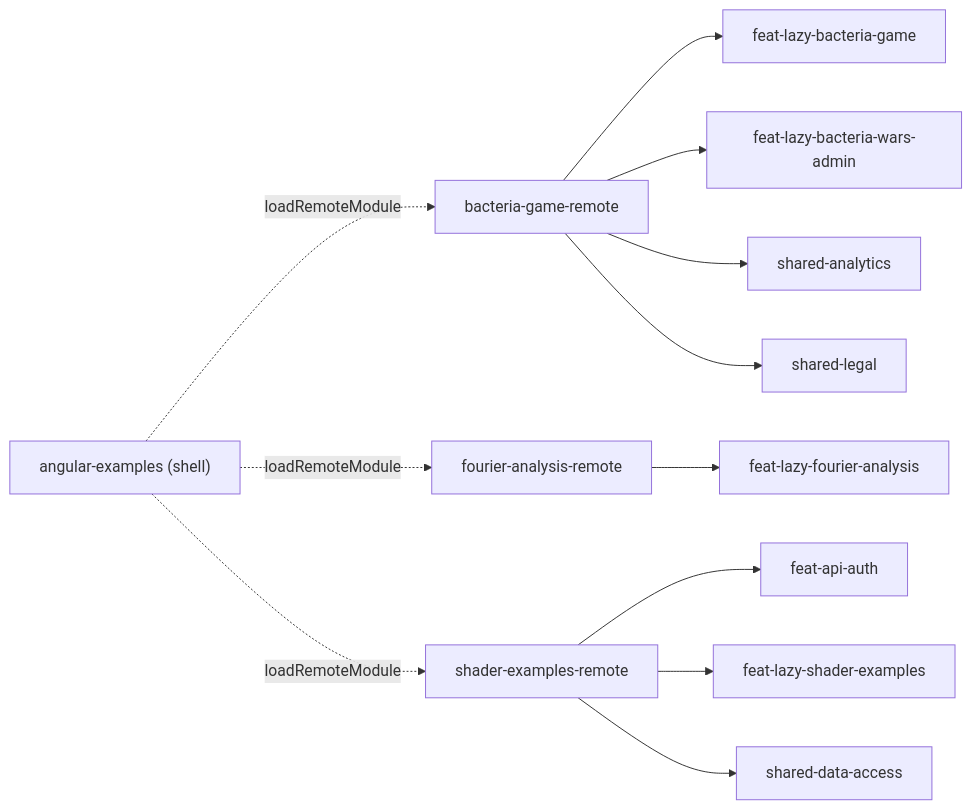
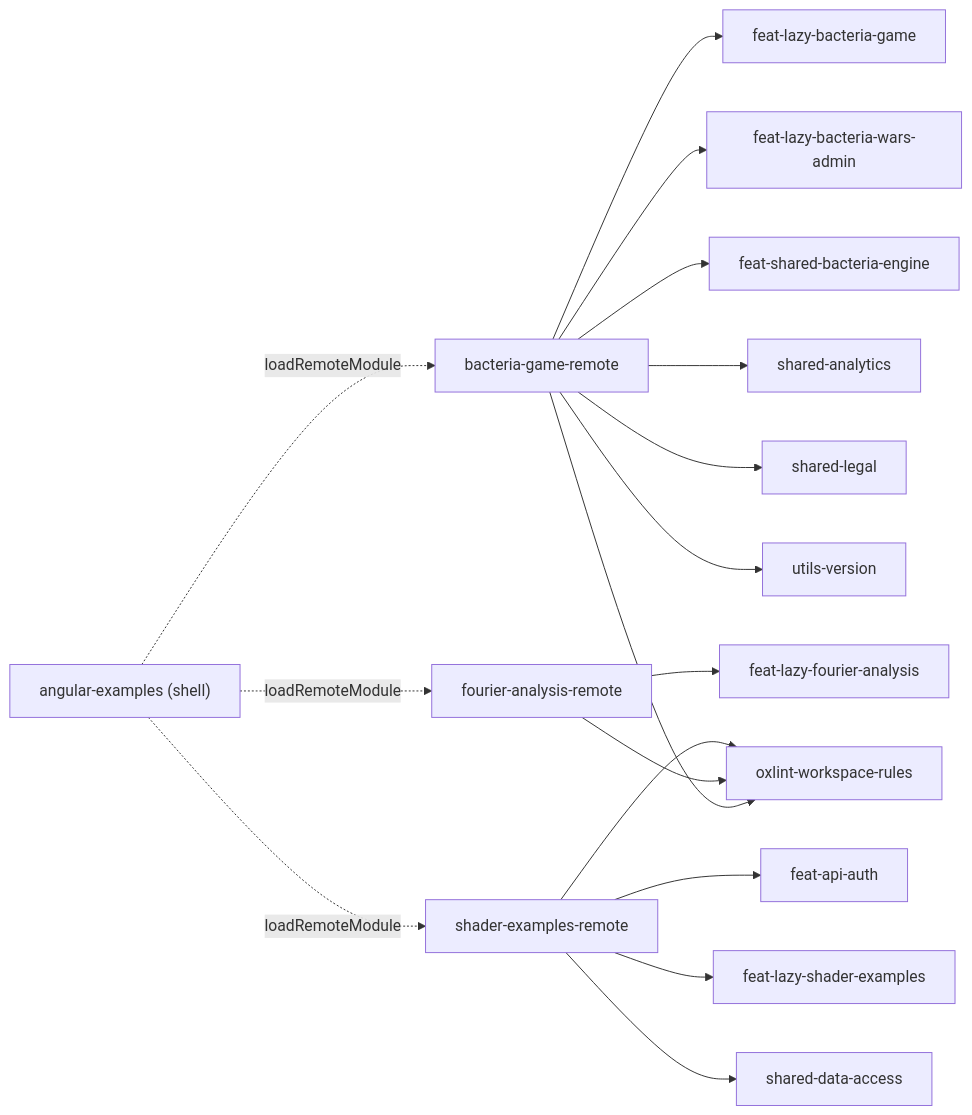
One commit to WolfSoko/wol-sok-mono changed the third of 4 diagrams in docs/architecture/README.md. Above: the diagram before and after it, drawn with Mermaid. The commit also changed other lines of this file and 525 other files, not shown here.

First line of the commit message:
refactor(feat-shared-bacteria-engine): move the game's engine into its own lib (#2764)

````diff
--- a/docs/architecture/README.md
+++ b/docs/architecture/README.md
@@ -105,18 +110,23 @@
 ```mermaid
 flowchart LR
   shell["angular-examples (shell)"]
   bacteria_game_remote["bacteria-game-remote"]
   shell -. "loadRemoteModule" .-> bacteria_game_remote
   bacteria_game_remote --> feat_lazy_bacteria_game["feat-lazy-bacteria-game"]
   bacteria_game_remote --> feat_lazy_bacteria_wars_admin["feat-lazy-bacteria-wars-admin"]
+  bacteria_game_remote --> feat_shared_bacteria_engine["feat-shared-bacteria-engine"]
+  bacteria_game_remote --> oxlint_workspace_rules["oxlint-workspace-rules"]
   bacteria_game_remote --> shared_analytics["shared-analytics"]
   bacteria_game_remote --> shared_legal["shared-legal"]
+  bacteria_game_remote --> utils_version["utils-version"]
   fourier_analysis_remote["fourier-analysis-remote"]
   shell -. "loadRemoteModule" .-> fourier_analysis_remote
   fourier_analysis_remote --> feat_lazy_fourier_analysis["feat-lazy-fourier-analysis"]
+  fourier_analysis_remote --> oxlint_workspace_rules["oxlint-workspace-rules"]
   shader_examples_remote["shader-examples-remote"]
   shell -. "loadRemoteModule" .-> shader_examples_remote
   shader_examples_remote --> feat_api_auth["feat-api-auth"]
   shader_examples_remote --> feat_lazy_shader_examples["feat-lazy-shader-examples"]
+  shader_examples_remote --> oxlint_workspace_rules["oxlint-workspace-rules"]
   shader_examples_remote --> shared_data_access["shared-data-access"]
 ```
````
